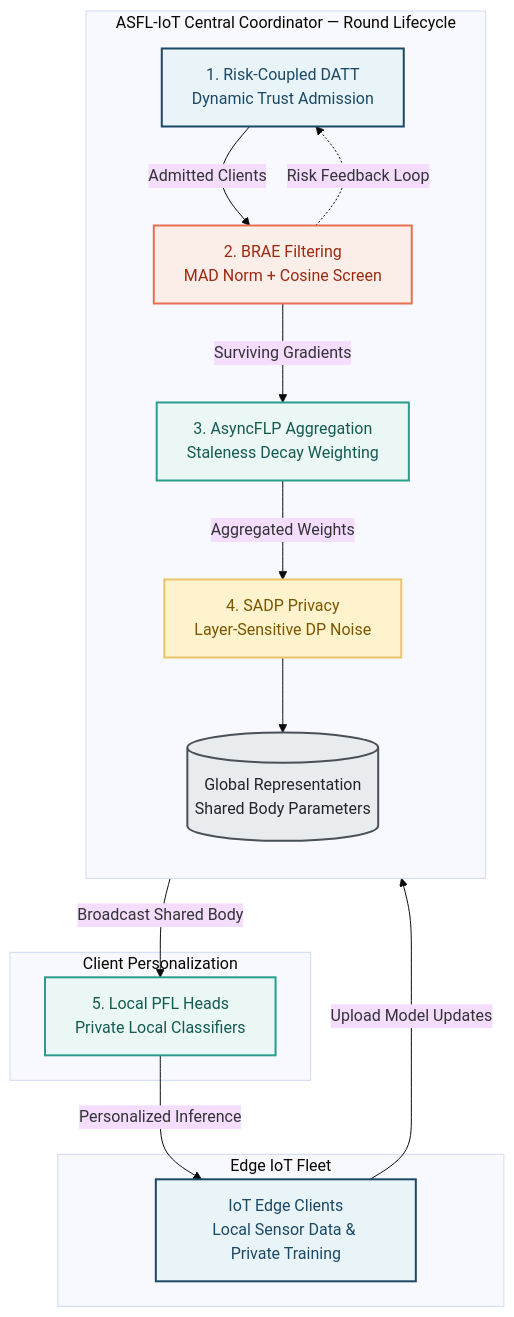
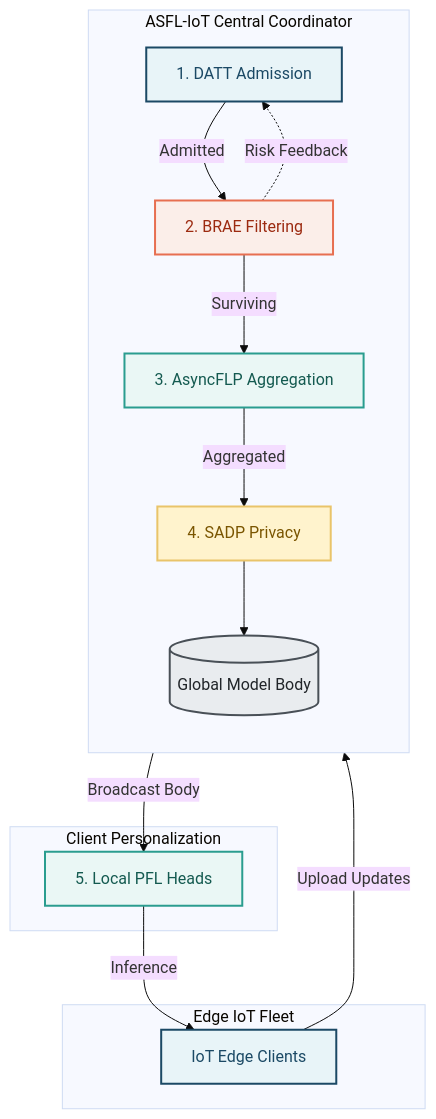
One commit to omerfarooq223/ASFL-IoT-Research changed the diagram in README.md. Above: the diagram before and after it, drawn with Mermaid (base theme). The commit also changed other lines of this file and 6 other files, not shown here.

Commit message:
fix(docs): synchronize camera-ready title, IEEE conference metadata, pending publication status, and streamline mermaid diagram

````diff
--- a/README.md
+++ b/README.md
@@ -58,37 +59,37 @@
 ```mermaid
 flowchart TD
     subgraph Fleet["Edge IoT Fleet"]
-        C["IoT Edge Clients<br/>Local Sensor Data & Private Training"]
+        C["IoT Edge Clients"]
     end
 
-    subgraph Coordinator["ASFL-IoT Central Coordinator — Round Lifecycle"]
+    subgraph Coordinator["ASFL-IoT Central Coordinator"]
         direction TB
-        DATT["1. Risk-Coupled DATT<br/>Dynamic Trust Admission"]
-        BRAE["2. BRAE Filtering<br/>MAD Norm + Cosine Screen"]
-        ASYNC["3. AsyncFLP Aggregation<br/>Staleness Decay Weighting"]
-        SADP["4. SADP Privacy<br/>Layer-Sensitive DP Noise"]
-        GLOBAL[("Global Representation<br/>Shared Body Parameters")]
+        DATT["1. DATT Admission"]
+        BRAE["2. BRAE Filtering"]
+        ASYNC["3. AsyncFLP Aggregation"]
+        SADP["4. SADP Privacy"]
+        GLOBAL[("Global Model Body")]
 
-        DATT -->|Admitted Clients| BRAE
-        BRAE -->|Surviving Gradients| ASYNC
-        ASYNC -->|Aggregated Weights| SADP
+        DATT -->|Admitted| BRAE
+        BRAE -->|Surviving| ASYNC
+        ASYNC -->|Aggregated| SADP
         SADP --> GLOBAL
-        BRAE -.->|Risk Feedback Loop| DATT
+        BRAE -.->|Risk Feedback| DATT
     end
 
     subgraph Personalization["Client Personalization"]
-        PFL["5. Local PFL Heads<br/>Private Local Classifiers"]
+        PFL["5. Local PFL Heads"]
     end
 
-    C -->|Upload Model Updates| DATT
-    GLOBAL -->|Broadcast Shared Body| PFL
-    PFL -->|Personalized Inference| C
+    C -->|Upload Updates| DATT
+    GLOBAL -->|Broadcast Body| PFL
+    PFL -->|Inference| C
 
     style C fill:#e8f4f8,stroke:#1B4965,stroke-width:2px,color:#1B4965
     style DATT fill:#e8f4f8,stroke:#1B4965,stroke-width:2px,color:#1B4965
     style BRAE fill:#fbeee9,stroke:#E76F51,stroke-width:2px,color:#9C2A10
     style ASYNC fill:#eaf7f5,stroke:#2A9D8F,stroke-width:2px,color:#145A50
     style SADP fill:#fff3cd,stroke:#E9C46A,stroke-width:2px,color:#7A5500
     style GLOBAL fill:#e9ecef,stroke:#495057,stroke-width:2px,color:#212529
     style PFL fill:#eaf7f5,stroke:#2A9D8F,stroke-width:2px,color:#145A50
 ```
````
